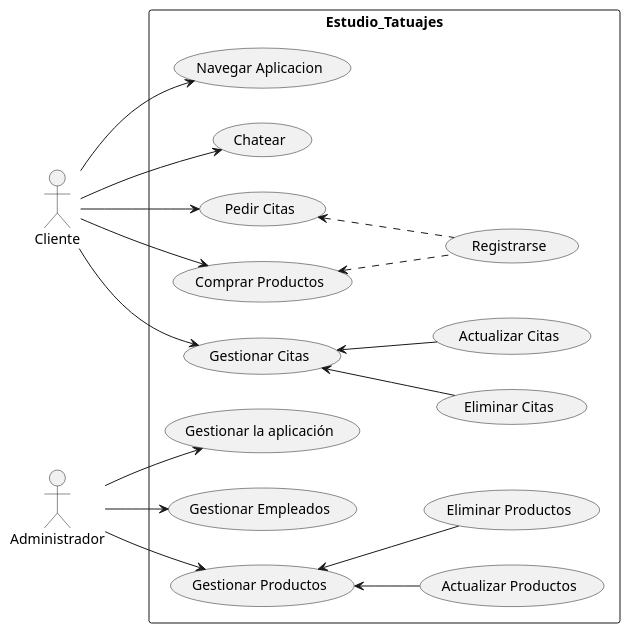
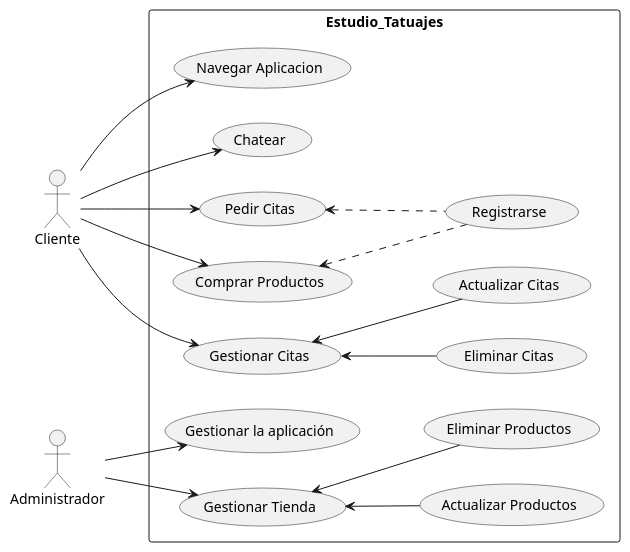
One commit to luciamn/TFG changed the diagram in src/main/java/com/lucia/estudiodetatuajes/usos.puml. Above: the diagram before and after it, drawn with PlantUML.

```diff
--- a/src/main/java/com/lucia/estudiodetatuajes/usos.puml
+++ b/src/main/java/com/lucia/estudiodetatuajes/usos.puml
@@ -1,43 +1,41 @@
 @startuml
 left to right direction
 actor "Cliente" as c
 actor "Administrador" as a
 
 rectangle Estudio_Tatuajes {
   usecase "Registrarse" as UC0
   usecase "Navegar Aplicacion" as UC1
   usecase "Chatear" as UC20
   usecase "Pedir Citas" as UC2
   usecase "Comprar Productos" as UC3
   usecase "Gestionar Citas" as UC4
   usecase "Eliminar Citas" as UC4.1
   usecase "Actualizar Citas" as UC4.2
 
   usecase "Gestionar la aplicación" as UC8
-  usecase "Gestionar Empleados" as UC9
   usecase "Actualizar Productos" as UC10.1
   usecase "Eliminar Productos" as UC10.2
-  usecase "Gestionar Productos" as UC10
+  usecase "Gestionar Tienda" as UC10
 }
 c --> UC1
 c --> UC2
 c --> UC3
 c --> UC20
 UC2 <.. UC0
 c --> UC4
 
 
 UC3 <.. UC0
 UC4 <-- UC4.1
 UC4 <-- UC4.2
 
 
 a --> UC8
-a --> UC9
 a --> UC10
 
 UC10 <-- UC10.1
 UC10 <-- UC10.2
 
 
 @enduml
```
